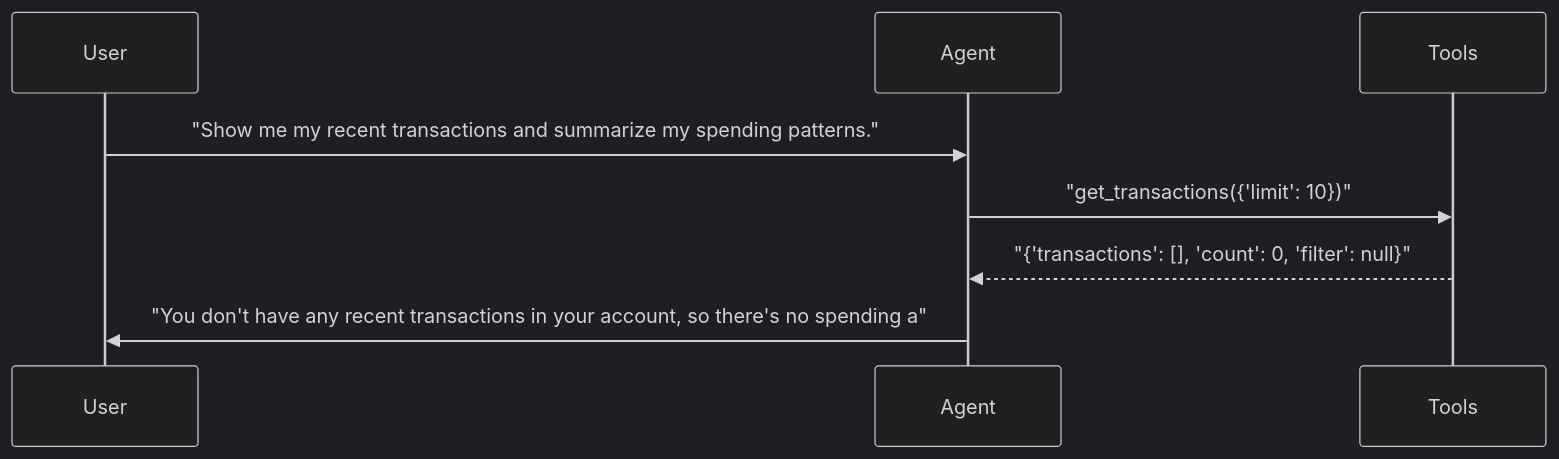
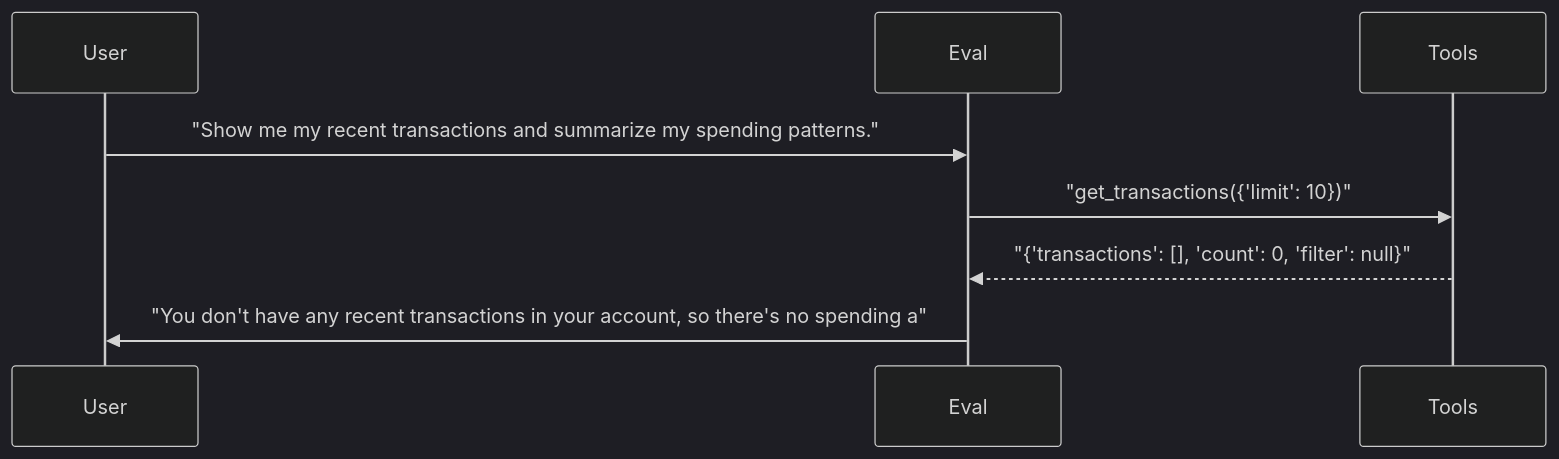
One commit to sbroenne/pytest-skill-engineering changed the sixth of 24 diagrams in docs/demo/hero-report.md. Above: the diagram before and after it, drawn with Mermaid (dark theme). The commit also changed other lines of this file and 155 other files, not shown here.

````diff
--- a/docs/demo/hero-report.md
+++ b/docs/demo/hero-report.md
@@ -420,11 +420,11 @@
 ```mermaid
 sequenceDiagram
     participant User
-    participant Agent
+    participant Eval
     participant Tools
 
-    User->>Agent: "Show me my recent transactions and summarize my spending patterns."
-    Agent->>Tools: "get_transactions({'limit': 10})"
-    Tools-->>Agent: "{'transactions': [], 'count': 0, 'filter': null}"
-    Agent->>User: "You don't have any recent transactions in your account, so there's no spending a"
+    User->>Eval: "Show me my recent transactions and summarize my spending patterns."
+    Eval->>Tools: "get_transactions({'limit': 10})"
+    Tools-->>Eval: "{'transactions': [], 'count': 0, 'filter': null}"
+    Eval->>User: "You don't have any recent transactions in your account, so there's no spending a"
 ```
````
